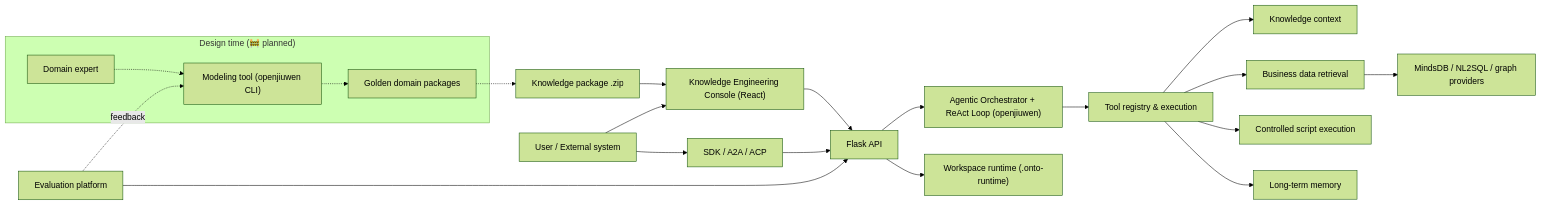
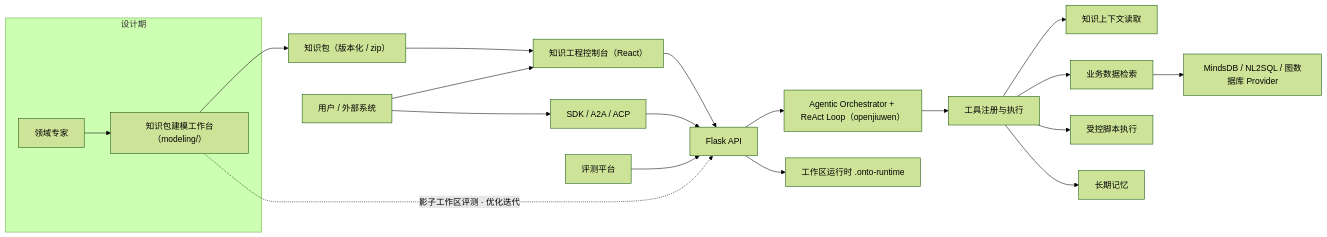
The diagram in README.md (WangHaowen99/knowledge-scaffold), drawn with Mermaid (forest theme) before and after one commit. The commit also changed other lines of this file and 1 other file, not shown here.

````diff
--- a/README.md
+++ b/README.md
@@ -50,23 +54,22 @@
 ```mermaid
 flowchart LR
-  subgraph Design["Design time (🚧 planned)"]
-    Expert["Domain expert"] -.-> ModelTool["Modeling tool (openjiuwen CLI)"]
-    ModelTool -.-> Golden["Golden domain packages"]
+  subgraph Design["设计期"]
+    Expert["领域专家"] --> ModelTool["知识包建模工作台（modeling/）"]
   end
-  Golden -.-> Package["Knowledge package .zip"]
-  User["User / External system"] --> Console["Knowledge Engineering Console (React)"]
+  ModelTool --> Package["知识包（版本化 / zip）"]
+  User["用户 / 外部系统"] --> Console["知识工程控制台（React）"]
   User --> SDK["SDK / A2A / ACP"]
   Package --> Console
   Console --> API["Flask API"]
   SDK --> API
-  API --> Loop["Agentic Orchestrator + ReAct Loop (openjiuwen)"]
-  Loop --> Tools["Tool registry & execution"]
-  Tools --> Knowledge["Knowledge context"]
-  Tools --> Data["Business data retrieval"]
-  Tools --> Scripts["Controlled script execution"]
-  Tools --> Memory["Long-term memory"]
-  Data --> Providers["MindsDB / NL2SQL / graph providers"]
-  API --> Workspace["Workspace runtime (.onto-runtime)"]
-  Evaluation["Evaluation platform"] --> API
-  Evaluation -.feedback.-> ModelTool
+  API --> Loop["Agentic Orchestrator + ReAct Loop（openjiuwen）"]
+  Loop --> Tools["工具注册与执行"]
+  Tools --> Knowledge["知识上下文读取"]
+  Tools --> Data["业务数据检索"]
+  Tools --> Scripts["受控脚本执行"]
+  Tools --> Memory["长期记忆"]
+  Data --> Providers["MindsDB / NL2SQL / 图数据库 Provider"]
+  API --> Workspace["工作区运行时 .onto-runtime"]
+  Evaluation["评测平台"] --> API
+  ModelTool -. 影子工作区评测 · 优化迭代 .-> API
 ```
````
